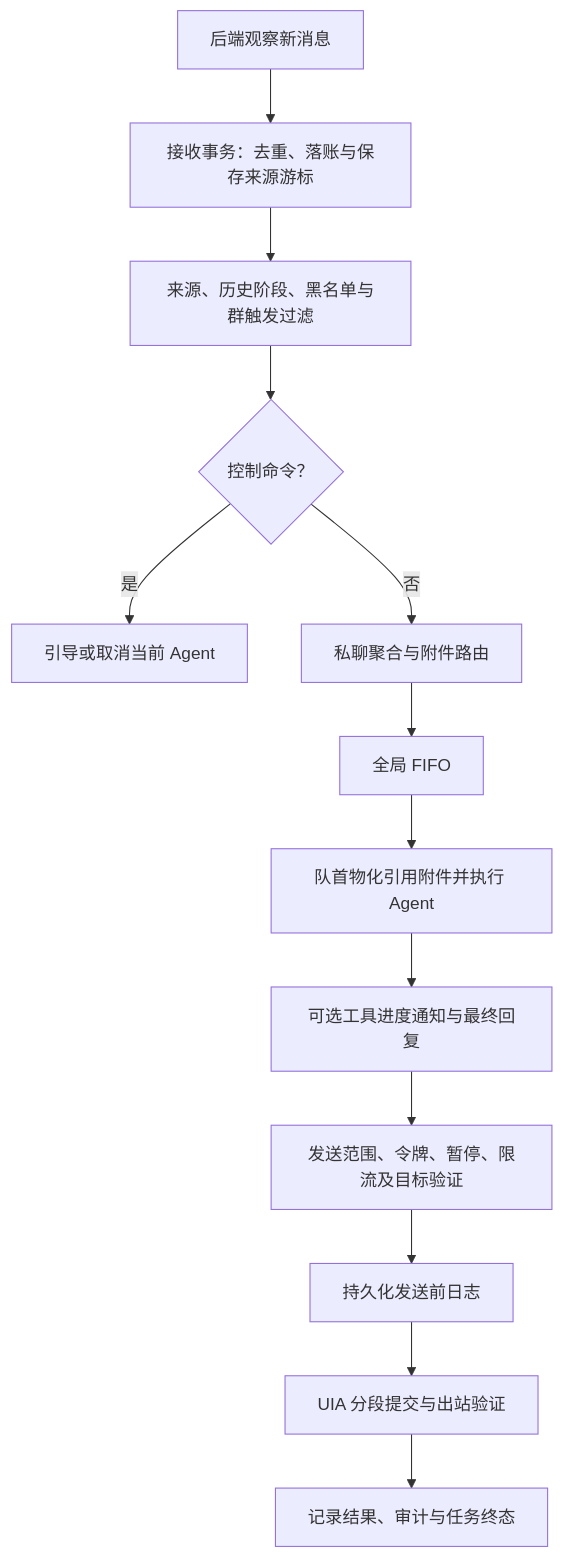
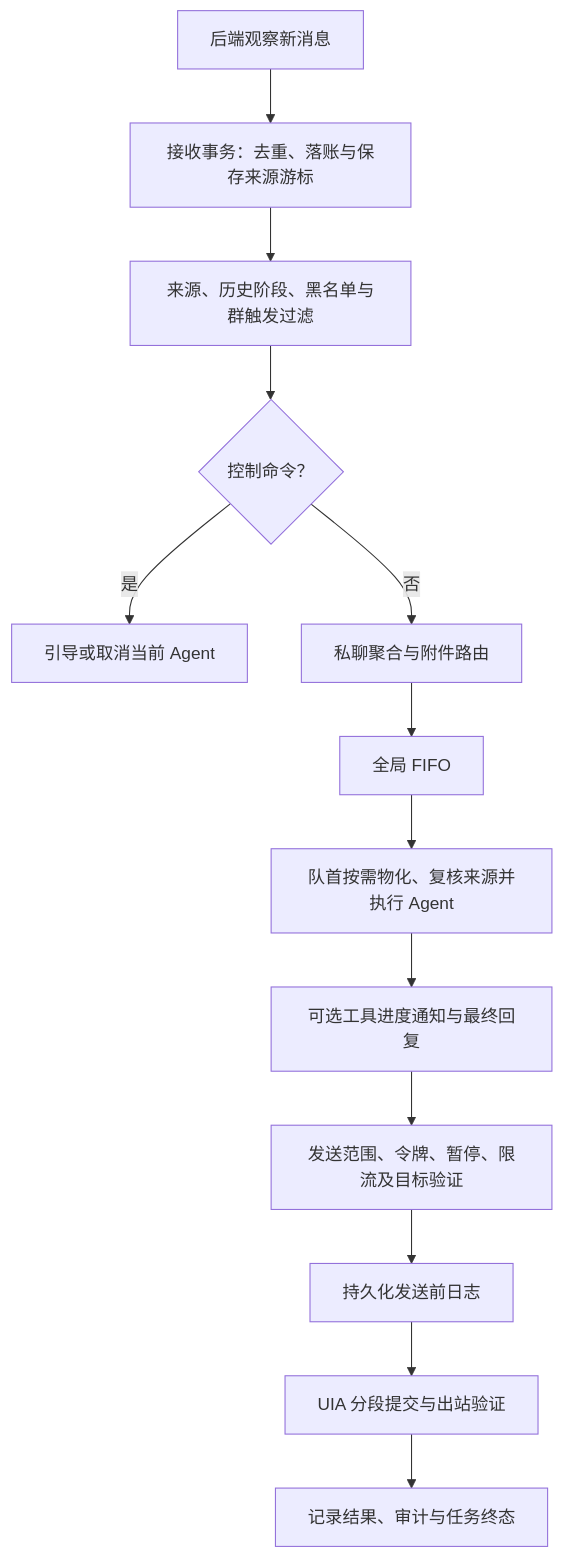
Before and after one commit to yansiao1227/fake-wx-account: the second of 3 diagrams in README.md, drawn with Mermaid. The commit also changed other lines of this file, not shown here.

````diff
--- a/README.md
+++ b/README.md
@@ -165,15 +165,15 @@
 ```mermaid
 flowchart TD
     O["后端观察新消息"] --> L["接收事务：去重、落账与保存来源游标"]
     L --> F["来源、历史阶段、黑名单与群触发过滤"]
     F --> C{"控制命令？"}
     C -->|是| K["引导或取消当前 Agent"]
     C -->|否| H["私聊聚合与附件路由"]
     H --> Q["全局 FIFO"]
-    Q --> E["队首物化引用附件并执行 Agent"]
+    Q --> E["队首按需物化、复核来源并执行 Agent"]
     E --> N["可选工具进度通知与最终回复"]
     N --> V["发送范围、令牌、暂停、限流及目标验证"]
     V --> J["持久化发送前日志"]
     J --> I["UIA 分段提交与出站验证"]
     I --> Z["记录结果、审计与任务终态"]
 ```
````
